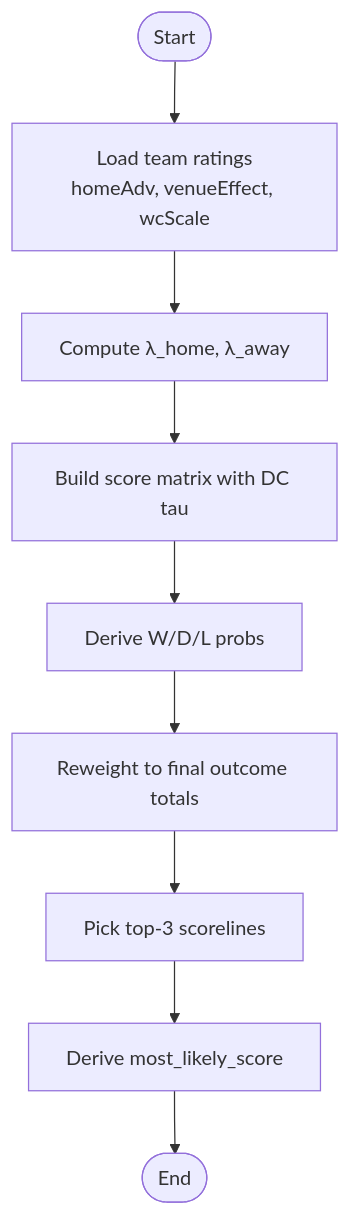
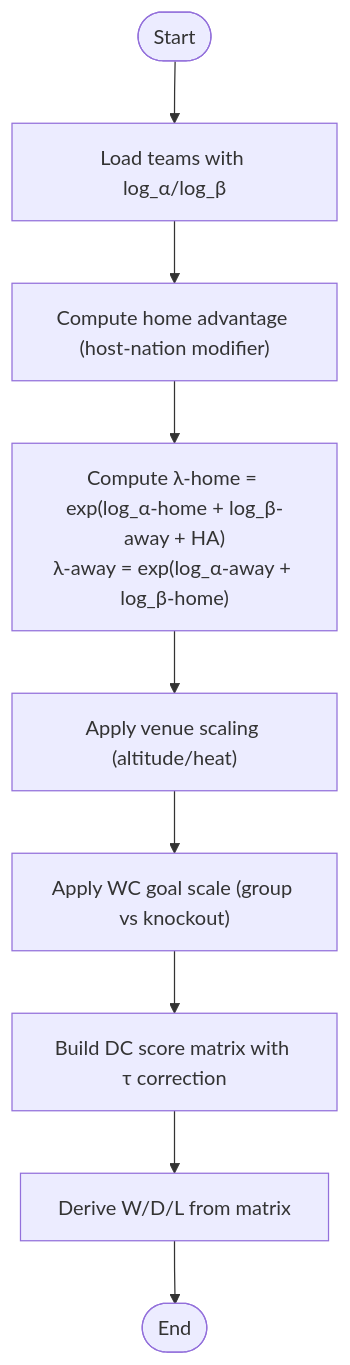
Before and after one commit to cheesiong/WC26-qwen: the third of 8 diagrams in .qoder/repowiki/en/content/Prediction Engine/Prediction Engine.md, drawn with Mermaid. The commit also changed other lines of this file and 181 other files, not shown here.

````diff
--- a/.qoder/repowiki/en/content/Prediction Engine/Prediction Engine.md
+++ b/.qoder/repowiki/en/content/Prediction Engine/Prediction Engine.md
@@ -209,11 +159,11 @@
 ```mermaid
 flowchart TD
-Start(["Start"]) --> Params["Load team ratings<br/>homeAdv, venueEffect, wcScale"]
-Params --> Lambdas["Compute λ_home, λ_away"]
-Lambdas --> Matrix["Build score matrix with DC tau"]
-Matrix --> Outcomes["Derive W/D/L probs"]
-Outcomes --> Reweight["Reweight to final outcome totals"]
-Reweight --> TopScores["Pick top-3 scorelines"]
-TopScores --> MostLikely["Derive most_likely_score"]
-MostLikely --> End(["End"])
+Start(["Start"]) --> LoadTeams["Load teams with log_α/log_β"]
+LoadTeams --> HomeAdv["Compute home advantage (host-nation modifier)"]
+HomeAdv --> Lambda["Compute λ-home = exp(log_α-home + log_β-away + HA)<br/>λ-away = exp(log_α-away + log_β-home)"]
+Lambda --> Venue["Apply venue scaling (altitude/heat)"]
+Venue --> Phase["Apply WC goal scale (group vs knockout)"]
+Phase --> Matrix["Build DC score matrix with τ correction"]
+Matrix --> Probs["Derive W/D/L from matrix"]
+Probs --> End(["End"])
 ```
````
